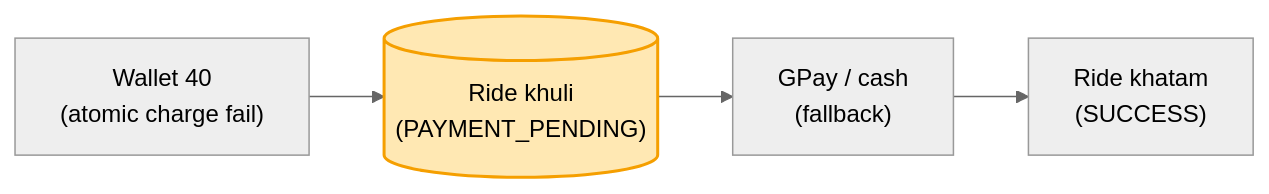
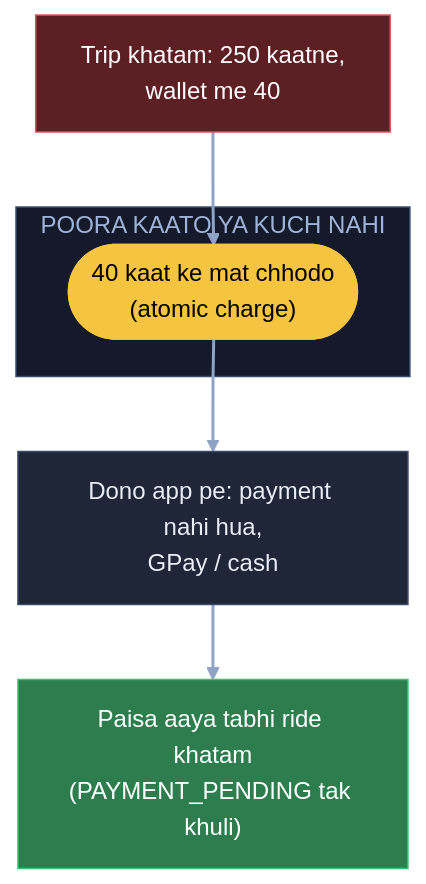
One commit to ArpanMaheshwari144/Prep changed the tenth of 11 diagrams in 04_HLD/SYSTEM_DESIGNS/15_uber/15_uber.md. Above: the diagram before and after it, drawn with Mermaid (neutral theme). The commit also changed other lines of this file and 3 other files, not shown here.

Commit message:
Uber: 14 diagram hand notes ke shabdon se; K3 / K4 / K10 me naksha + chhoti gaadi (SVG); K6 apni jodi line hatai

````diff
--- a/04_HLD/SYSTEM_DESIGNS/15_uber/15_uber.md
+++ b/04_HLD/SYSTEM_DESIGNS/15_uber/15_uber.md
@@ -247,7 +328,18 @@
 ```mermaid
-flowchart LR
-    W["Wallet 40<br/>(atomic charge fail)"] --> P[("Ride khuli<br/>(PAYMENT_PENDING)")]
-    P --> G["GPay / cash<br/>(fallback)"]
-    G --> S["Ride khatam<br/>(SUCCESS)"]
-    style P fill:#ffe8b3,stroke:#f59f00,stroke-width:2px,color:#000
+flowchart TB
+    T["Trip khatam: 250 kaatne,<br/>wallet me 40"]:::bad
+    subgraph PK["POORA KAATO YA KUCH NAHI"]
+        A(["40 kaat ke mat chhodo<br/>(atomic charge)"]):::pill
+    end
+    S["Dono app pe: payment nahi hua,<br/>GPay / cash"]:::card
+    OK["Paisa aaya tabhi ride khatam<br/>(PAYMENT_PENDING tak khuli)"]:::good
+    T --> A
+    A --> S
+    S --> OK
+    linkStyle default stroke:#8fa3c7,stroke-width:2px
+    classDef card fill:#1e2638,stroke:#3a4a6b,color:#e8ecf5
+    classDef pill fill:#f5c542,stroke:#f5c542,color:#000
+    classDef good fill:#2e7d4f,stroke:#3fbf6f,color:#fff
+    classDef bad fill:#5c1f24,stroke:#e05561,color:#fff
+    style PK fill:#141a29,stroke:#3a4a6b,color:#9fb3d9
 ```
````
